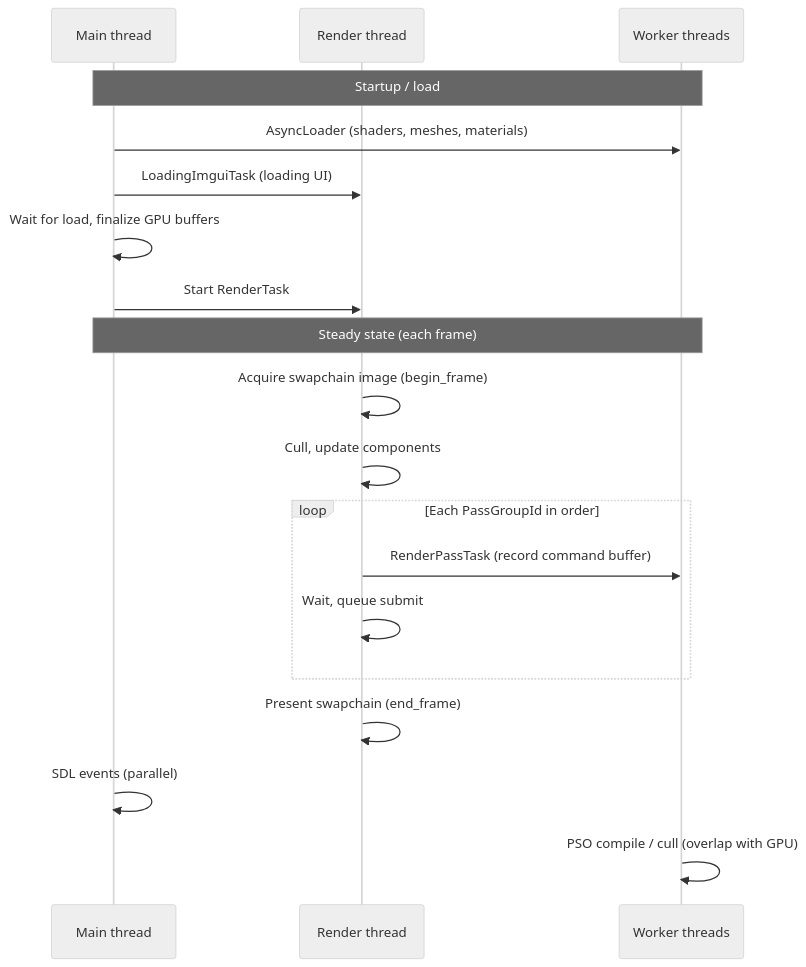
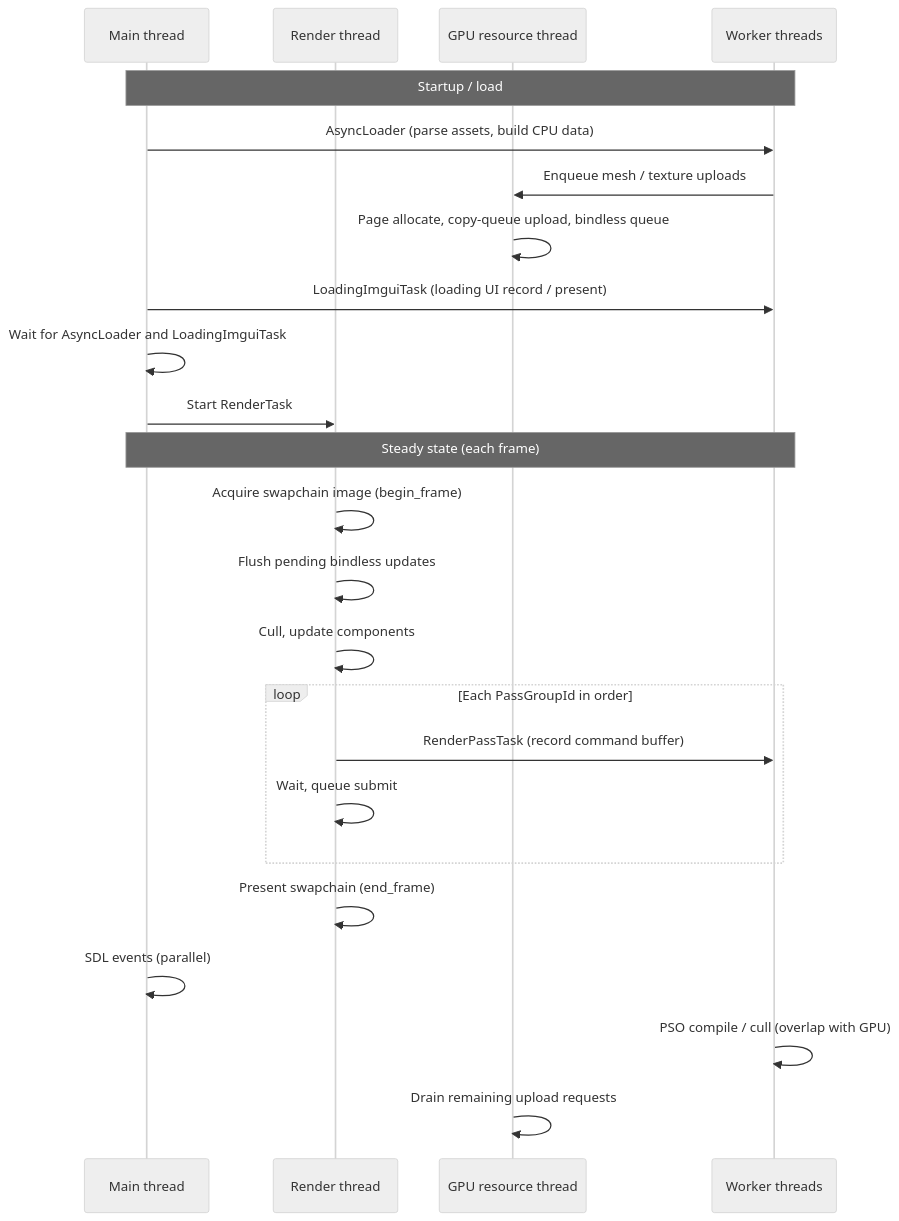
The third of 3 diagrams in README.md (airliang/ocarina_vulkan), drawn with Mermaid (neutral theme) before and after one commit. The commit also changed other lines of this file, not shown here.

````diff
--- a/README.md
+++ b/README.md
@@ -85,23 +113,28 @@
 ```mermaid
 sequenceDiagram
     participant Main as Main thread
     participant Render as Render thread
+    participant GPURes as GPU resource thread
     participant Worker as Worker threads
 
     Note over Main,Worker: Startup / load
-    Main->>Worker: AsyncLoader (shaders, meshes, materials)
-    Main->>Render: LoadingImguiTask (loading UI)
-    Main->>Main: Wait for load, finalize GPU buffers
+    Main->>Worker: AsyncLoader (parse assets, build CPU data)
+    Worker->>GPURes: Enqueue mesh / texture uploads
+    GPURes->>GPURes: Page allocate, copy-queue upload, bindless queue
+    Main->>Worker: LoadingImguiTask (loading UI record / present)
+    Main->>Main: Wait for AsyncLoader and LoadingImguiTask
     Main->>Render: Start RenderTask
 
     Note over Main,Worker: Steady state (each frame)
     Render->>Render: Acquire swapchain image (begin_frame)
+    Render->>Render: Flush pending bindless updates
     Render->>Render: Cull, update components
-  loop Each PassGroupId in order
+    loop Each PassGroupId in order
         Render->>Worker: RenderPassTask (record command buffer)
         Render->>Render: Wait, queue submit
     end
     Render->>Render: Present swapchain (end_frame)
     Main->>Main: SDL events (parallel)
     Worker->>Worker: PSO compile / cull (overlap with GPU)
+    GPURes->>GPURes: Drain remaining upload requests
 ```
````
